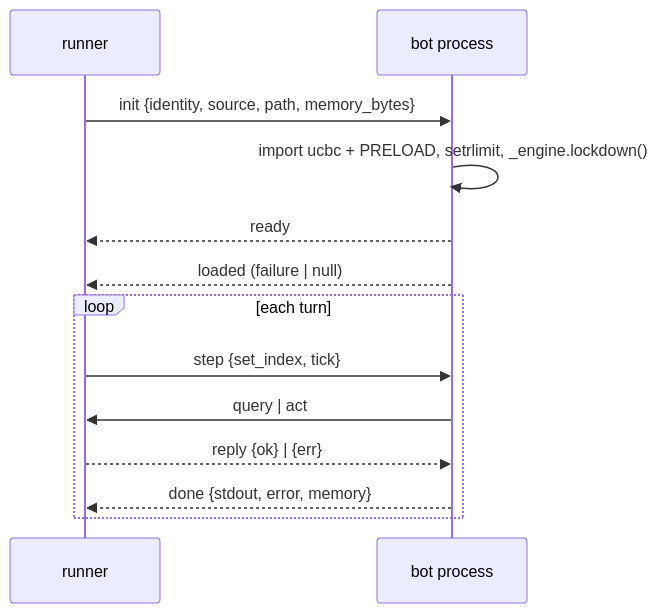
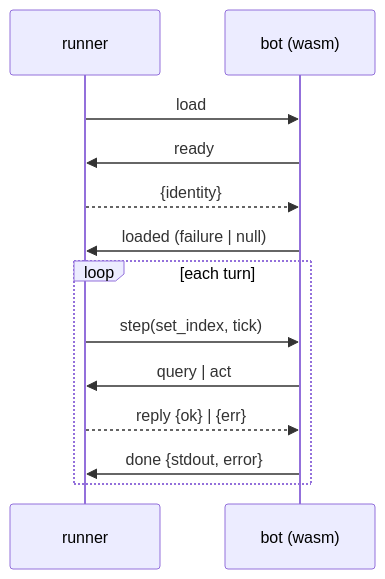
One commit to aheschl1/ucalgarybc2027 changed the fourth of 4 diagrams in docs/engine.md. Above: the diagram before and after it, drawn with Mermaid. The commit also changed other lines of this file and 66 other files, not shown here.

````diff
--- a/docs/engine.md
+++ b/docs/engine.md
@@ -160,15 +159,15 @@
 ```mermaid
 sequenceDiagram
     participant R as runner
-    participant B as bot process
-    R->>B: init {identity, source, path, memory_bytes}
-    B->>B: import ucbc + PRELOAD, setrlimit, _engine.lockdown()
-    B-->>R: ready
-    B-->>R: loaded (failure | null)
+    participant B as bot (wasm)
+    R->>B: load
+    B->>R: ready
+    R-->>B: {identity}
+    B->>R: loaded (failure | null)
     loop each turn
-        R->>B: step {set_index, tick}
+        R->>B: step(set_index, tick)
         B->>R: query | act
         R-->>B: reply {ok} | {err}
-        B-->>R: done {stdout, error, memory}
+        B->>R: done {stdout, error}
     end
 ```
````
